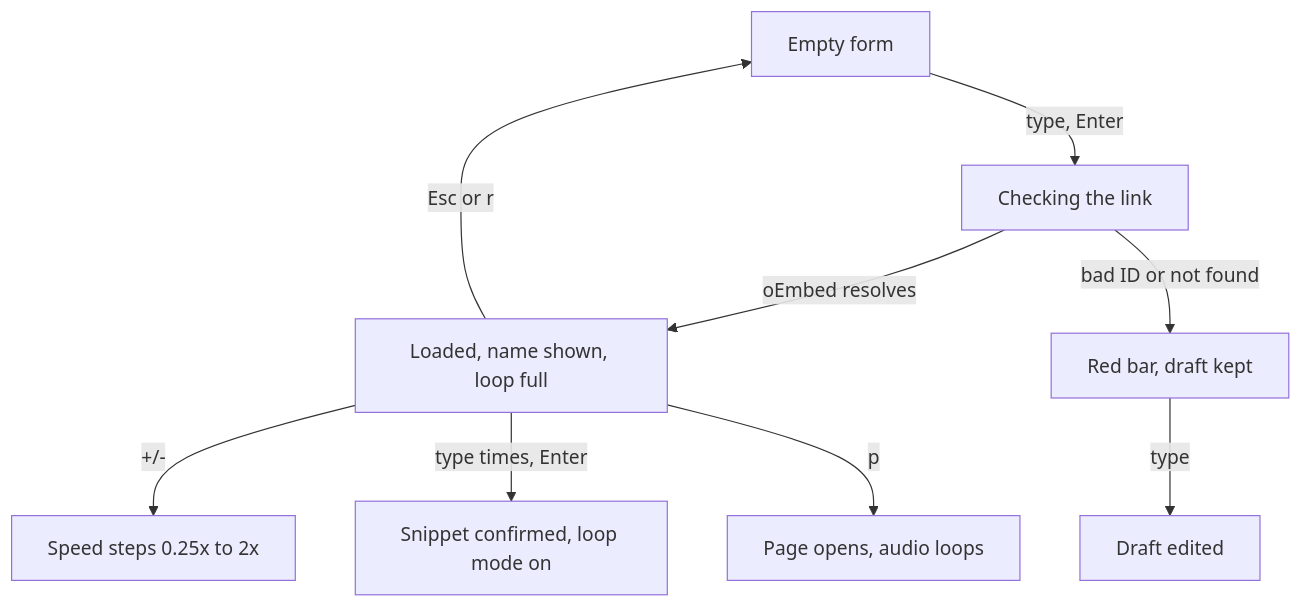
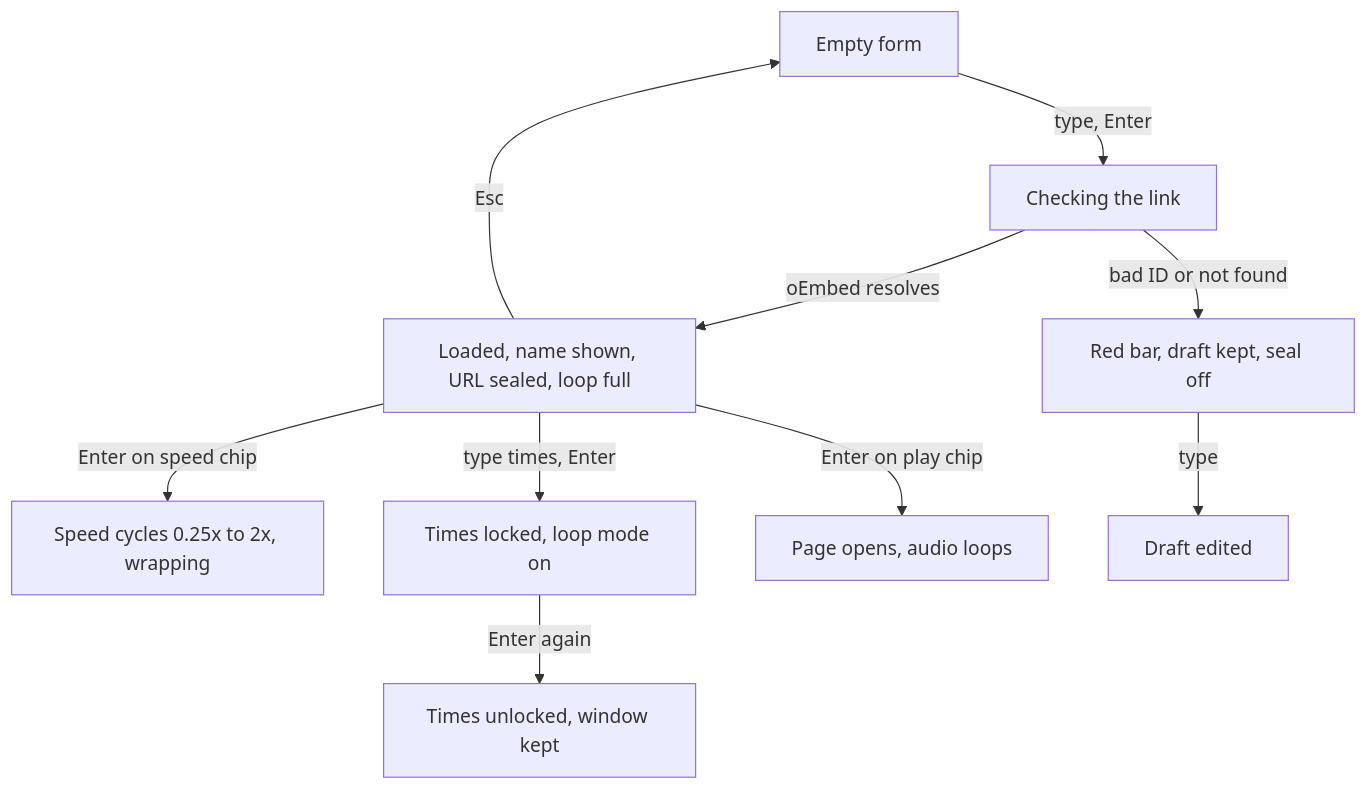
Before and after one commit to Ava-Vispilio/PyScripts: the first of 2 diagrams in Loop_Song/PLAN.md, drawn with Mermaid. The commit also changed other lines of this file and 9 other files, not shown here.

````diff
--- a/Loop_Song/PLAN.md
+++ b/Loop_Song/PLAN.md
@@ -43,11 +43,12 @@
 ```mermaid
 flowchart TD
   empty[Empty form] -->|type, Enter| checking[Checking the link]
-  checking -->|oEmbed resolves| loaded[Loaded, name shown, loop full]
-  checking -->|bad ID or not found| bad[Red bar, draft kept]
-  loaded -->|+/-| speed[Speed steps 0.25x to 2x]
-  loaded -->|type times, Enter| snippet[Snippet confirmed, loop mode on]
-  loaded -->|p| launch[Page opens, audio loops]
-  loaded -->|Esc or r| empty
+  checking -->|oEmbed resolves| loaded[Loaded, name shown, URL sealed, loop full]
+  checking -->|bad ID or not found| bad[Red bar, draft kept, seal off]
+  loaded -->|Enter on speed chip| speed[Speed cycles 0.25x to 2x, wrapping]
+  loaded -->|type times, Enter| snippet[Times locked, loop mode on]
+  snippet -->|Enter again| edit[Times unlocked, window kept]
+  loaded -->|Enter on play chip| launch[Page opens, audio loops]
+  loaded -->|Esc| empty
   bad -->|type| empty2[Draft edited]
 ```
````
